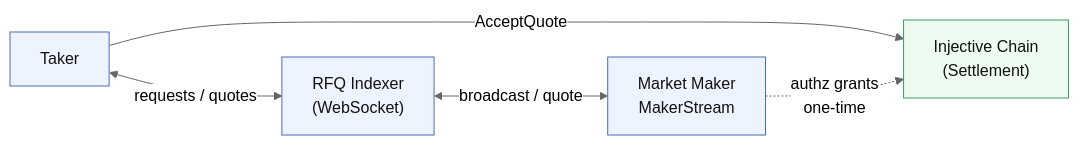
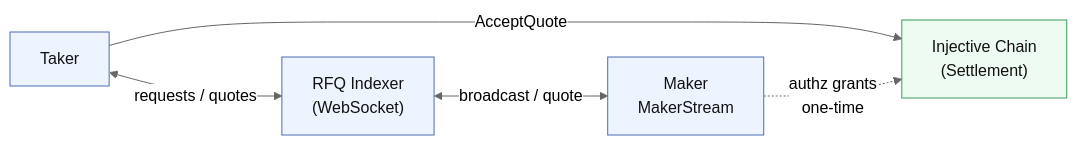
The diagram in mintlify/sdk-trading/architecture.md (TrueCurrent/truecurrent-docs), drawn with Mermaid (neutral theme) before and after one commit. The commit also changed other lines of this file and 55 other files, not shown here.

````diff
--- a/mintlify/sdk-trading/architecture.md
+++ b/mintlify/sdk-trading/architecture.md
@@ -7,17 +7,17 @@
 ```mermaid
 flowchart LR
     Taker["Taker"]
     Indexer["RFQ Indexer<br/>(WebSocket)"]
-    MM["Market Maker<br/>MakerStream"]
+    MM["Maker<br/>MakerStream"]
     Chain["Injective Chain<br/>(Settlement)"]
 
     Taker <-->|requests / quotes| Indexer
     Indexer <-->|broadcast / quote| MM
     Taker -->|AcceptQuote| Chain
     MM -.->|authz grants<br/>one-time| Chain
 
     classDef offchain fill:#eef4ff,stroke:#4a6db8,color:#111
     classDef onchain fill:#eefbf0,stroke:#3c9c60,color:#111
     class Taker,Indexer,MM offchain
     class Chain onchain
 ```
````
